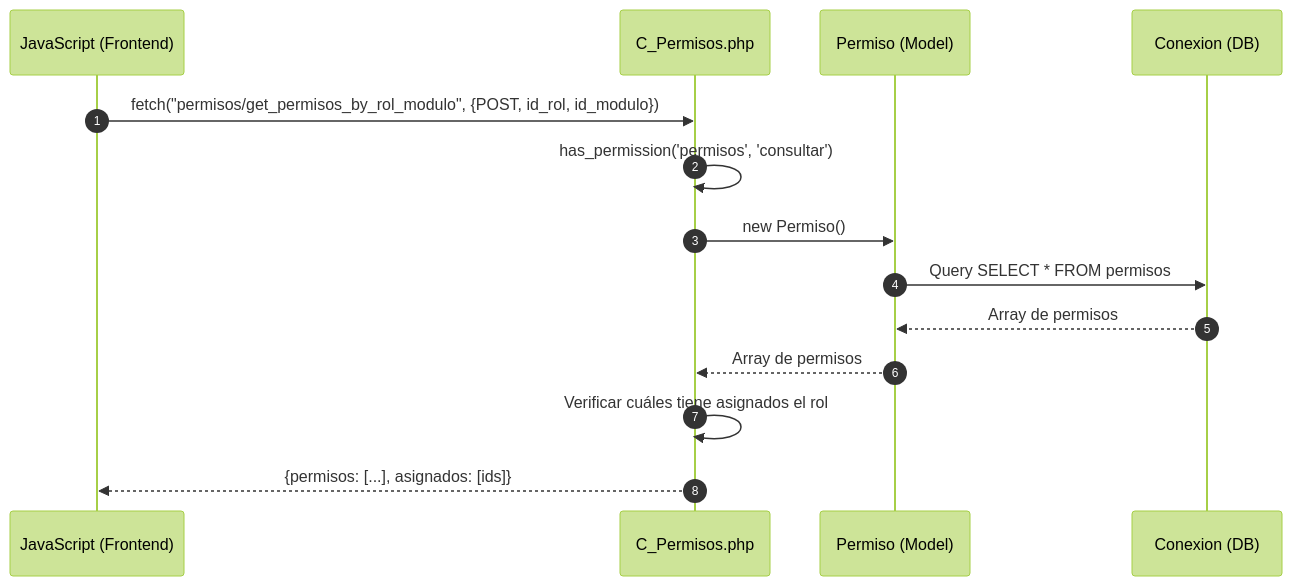
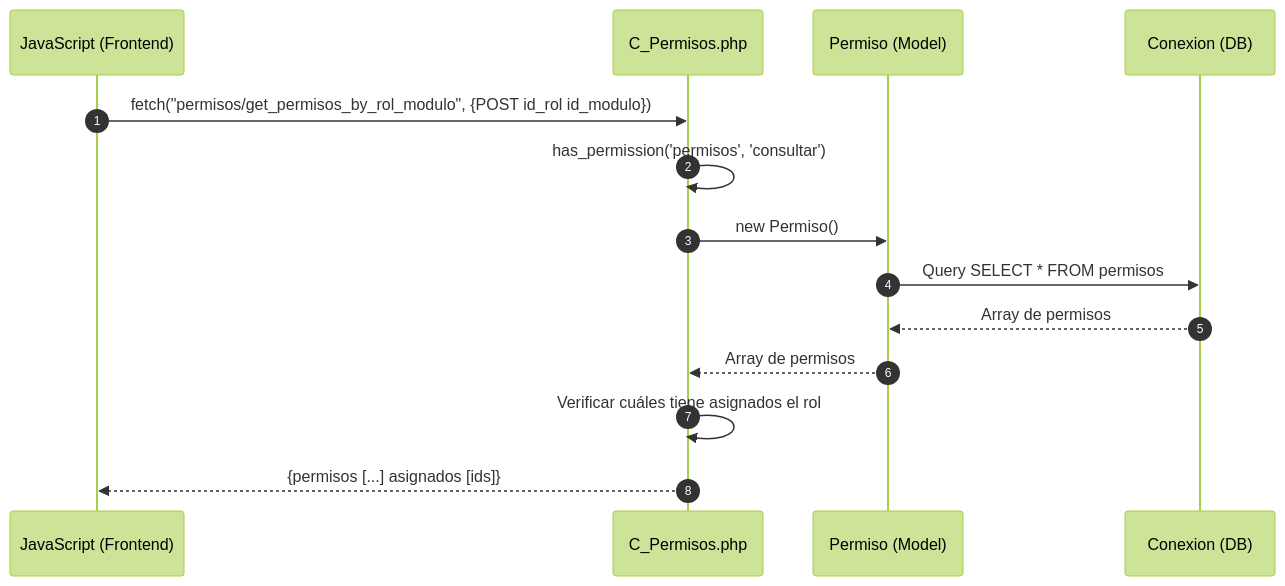
The second of 4 diagrams in docs/secuencia/permisos/permisos.md (Tecrato/BurgerHouse), drawn with Mermaid (forest theme) before and after one commit. The commit also changed other lines of this file and 13 other files, not shown here.

Commit message:
diagramas de secuencia

````diff
--- a/docs/secuencia/permisos/permisos.md
+++ b/docs/secuencia/permisos/permisos.md
@@ -27,20 +27,20 @@
 ```mermaid
 sequenceDiagram
     autonumber
     participant JS as JavaScript (Frontend)
     participant C_Permisos as C_Permisos.php
     participant Permiso as Permiso (Model)
     participant DB as Conexion (DB)
     
-    JS->>C_Permisos: fetch("permisos/get_permisos_by_rol_modulo", {POST, id_rol, id_modulo})
+    JS->>C_Permisos: fetch("permisos/get_permisos_by_rol_modulo", {POST id_rol id_modulo})
     
     C_Permisos->>C_Permisos: has_permission('permisos', 'consultar')
     
     C_Permisos->>Permiso: new Permiso()
     Permiso->>DB: Query SELECT * FROM permisos
     DB-->>Permiso: Array de permisos
     Permiso-->>C_Permisos: Array de permisos
     
     C_Permisos->>C_Permisos: Verificar cuáles tiene asignados el rol
-    C_Permisos-->>JS: {permisos: [...], asignados: [ids]}
+    C_Permisos-->>JS: {permisos [...] asignados [ids]}
 ```
````
